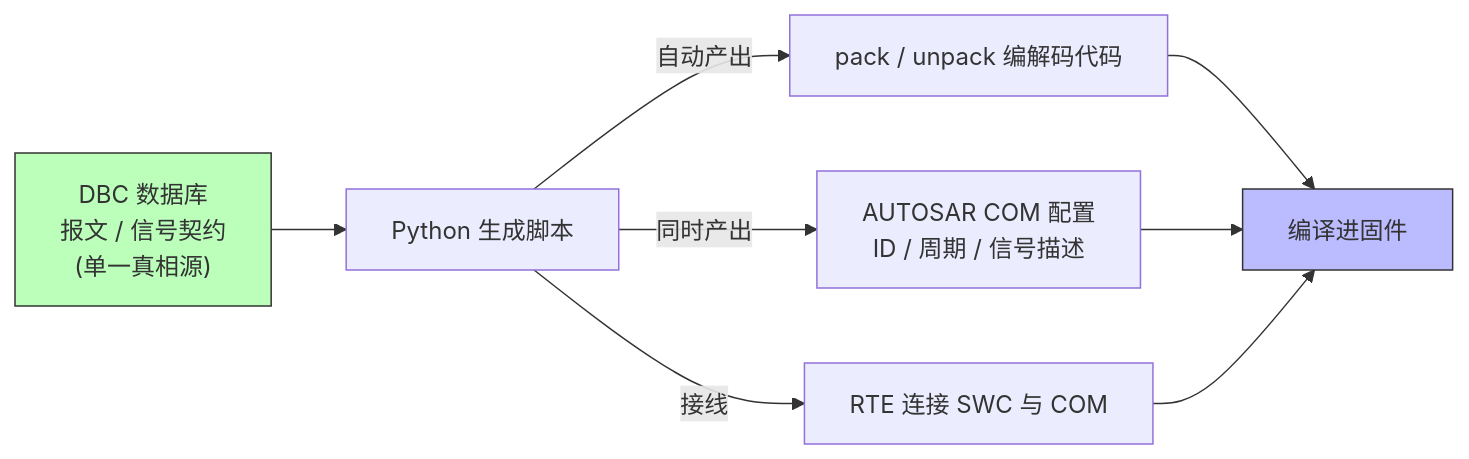
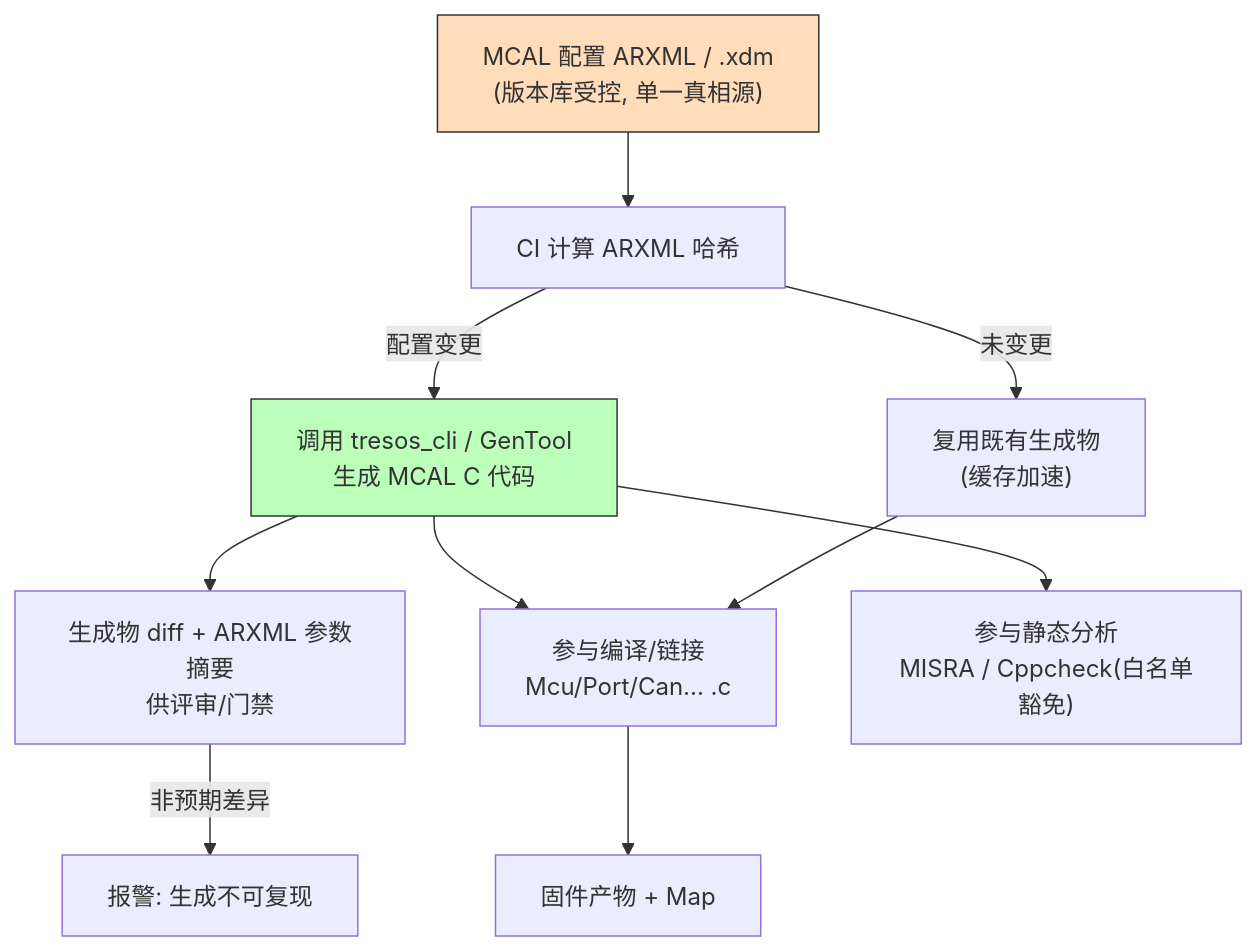
One commit to 1208826038/embedded-skill-notes changed the sixth of 10 diagrams in articles/07-toolchain-automation.md. Above: the diagram before and after it, drawn with Mermaid. The commit also changed other lines of this file, not shown here.

````diff
--- a/articles/07-toolchain-automation.md
+++ b/articles/07-toolchain-automation.md
@@ -40,12 +650,14 @@
 ```mermaid
-graph LR
-    DBC["DBC 数据库<br/>报文 / 信号契约<br/>(单一真相源)"] --> G["Python 生成脚本"]
-    G -->|"自动产出"| C["pack / unpack 编解码代码"]
-    G -->|"同时产出"| COM["AUTOSAR COM 配置<br/>ID / 周期 / 信号描述"]
-    G -->|"接线"| RTE["RTE 连接 SWC 与 COM"]
-    C --> B["编译进固件"]
-    COM --> B
-    RTE --> B
-    style DBC fill:#bfb,stroke:#333
-    style B fill:#bbf,stroke:#333
+flowchart TD
+  ARXML["MCAL 配置 ARXML / .xdm<br/>(版本库受控, 单一真相源)"] --> H["CI 计算 ARXML 哈希"]
+  H -->|"配置变更"| GEN["调用 tresos_cli / GenTool<br/>生成 MCAL C 代码"]
+  H -->|"未变更"| REUSE["复用既有生成物<br/>(缓存加速)"]
+  GEN --> DIFF["生成物 diff + ARXML 参数摘要<br/>供评审/门禁"]
+  GEN --> COMP["参与编译/链接<br/>Mcu/Port/Can... .c"]
+  GEN --> SA["参与静态分析<br/>MISRA / Cppcheck(白名单豁免)"]
+  COMP --> BIN["固件产物 + Map"]
+  REUSE --> COMP
+  DIFF -->|"非预期差异"| ALERT["报警: 生成不可复现"]
+  style GEN fill:#bfb,stroke:#333
+  style ARXML fill:#fdb,stroke:#333
 ```
````
